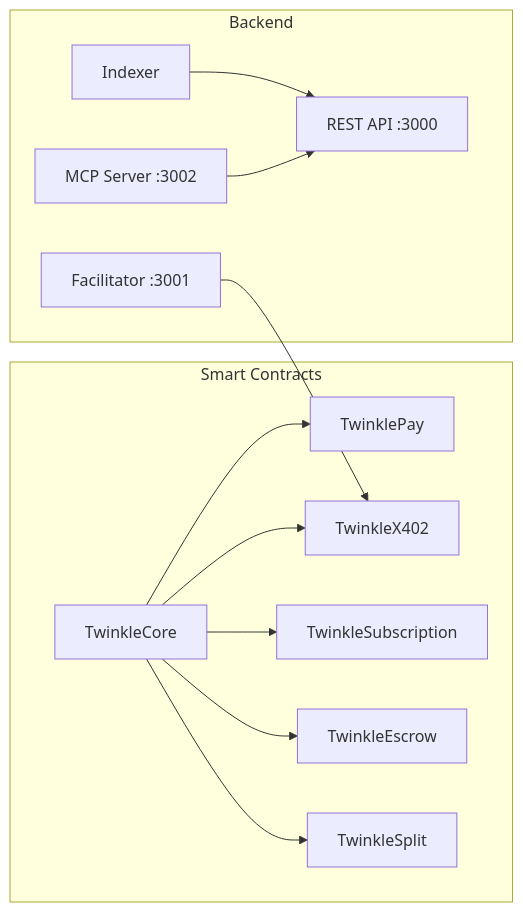
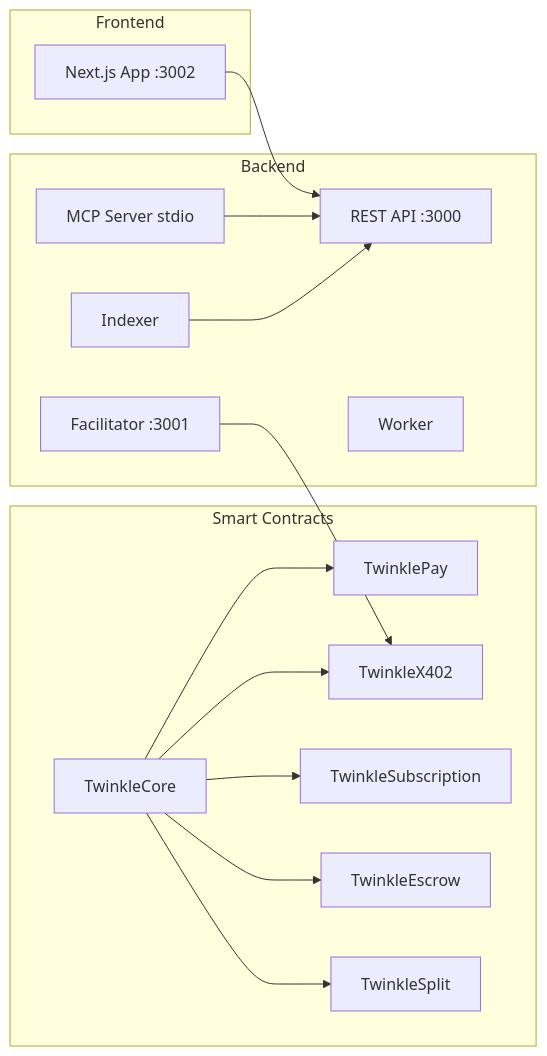
Before and after one commit to akash-mondal/twinkle: the second of 7 diagrams in README.md, drawn with Mermaid. The commit also changed other lines of this file, not shown here.

First line of the commit message:
docs: update README with web app, tech stack, and architecture fixes

````diff
--- a/README.md
+++ b/README.md
@@ -80,28 +82,34 @@
 ```mermaid
 graph LR
     subgraph "Smart Contracts"
         Core[TwinkleCore]
         Pay[TwinklePay]
         X402[TwinkleX402]
         Sub[TwinkleSubscription]
         Escrow[TwinkleEscrow]
         Split[TwinkleSplit]
     end
 
     subgraph "Backend"
         API[REST API :3000]
         Fac[Facilitator :3001]
-        MCP[MCP Server :3002]
+        MCP[MCP Server stdio]
         Idx[Indexer]
+        Worker[Worker]
+    end
+
+    subgraph "Frontend"
+        Web[Next.js App :3002]
     end
 
     Core --> Pay
     Core --> X402
     Core --> Sub
     Core --> Escrow
     Core --> Split
 
     Idx --> API
     Fac --> X402
     MCP --> API
+    Web --> API
 ```
````
